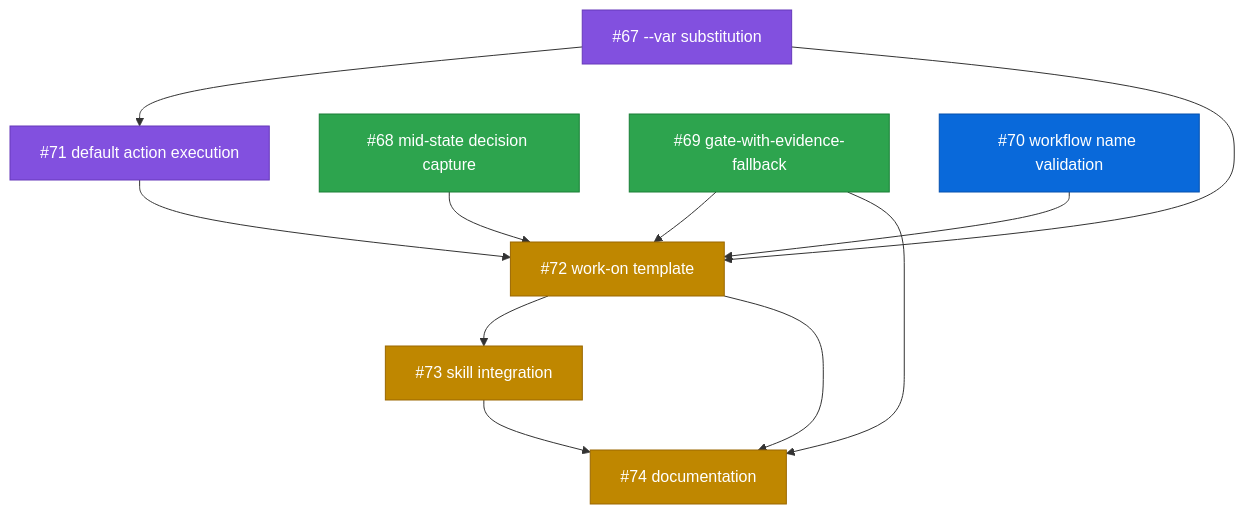
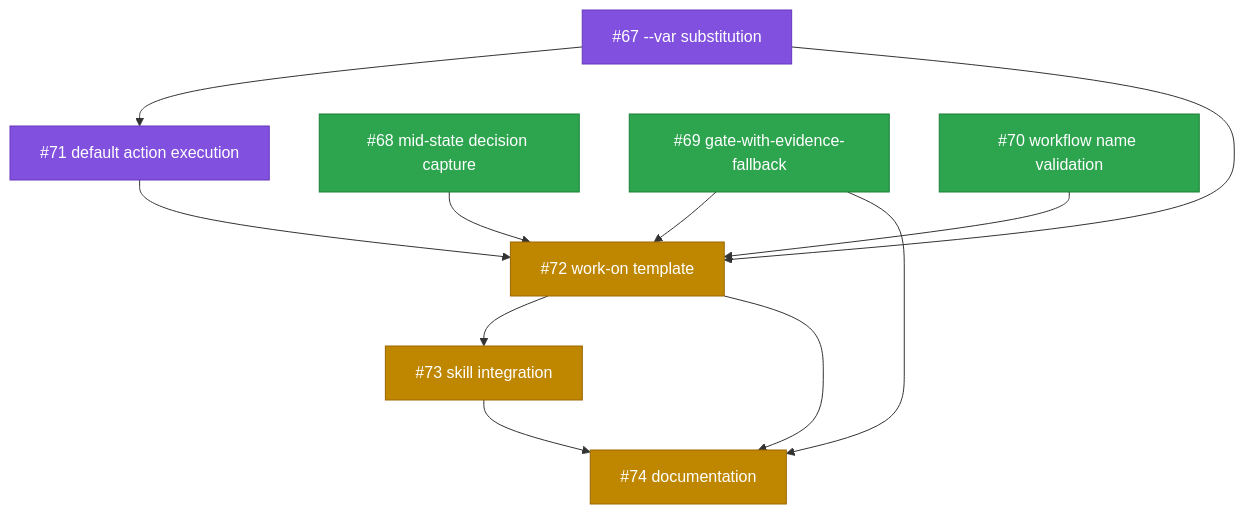
Before and after one commit to tsukumogami/koto: the diagram in docs/plans/PLAN-shirabe-work-on-template.md, drawn with Mermaid. The commit also changed other lines of this file, not shown here.

Commit message:
docs(plan): mark #70 (workflow name validation) as done

````diff
--- a/docs/plans/PLAN-shirabe-work-on-template.md
+++ b/docs/plans/PLAN-shirabe-work-on-template.md
@@ -45,38 +45,37 @@
 ```mermaid
 graph TD
     I67["#67 --var substitution"]
     I71["#71 default action execution"]
     I68["#68 mid-state decision capture"]
     I69["#69 gate-with-evidence-fallback"]
     I70["#70 workflow name validation"]
     I72["#72 work-on template"]
     I73["#73 skill integration"]
     I74["#74 documentation"]
 
     I67 --> I71
     I67 --> I72
     I71 --> I72
     I68 --> I72
     I69 --> I72
     I70 --> I72
     I69 --> I74
     I72 --> I73
     I72 --> I74
     I73 --> I74
 
     classDef done fill:#2da44e,stroke:#1a7f37,color:white
     classDef ready fill:#0969da,stroke:#0550ae,color:white
     classDef blocked fill:#bf8700,stroke:#9a6700,color:white
     classDef needsDesign fill:#8250df,stroke:#6639ba,color:white
     classDef needsPrd fill:#cf222e,stroke:#a40e26,color:white
     classDef needsSpike fill:#bf3989,stroke:#99286e,color:white
     classDef needsDecision fill:#e16f24,stroke:#b35900,color:white
     classDef tracksDesign fill:#8250df,stroke:#6639ba,color:white,stroke-dasharray: 5 5
     classDef tracksPlan fill:#0969da,stroke:#0550ae,color:white,stroke-dasharray: 5 5
 
-    class I68,I69 done
+    class I68,I69,I70 done
     class I67 needsDesign
     class I71 needsDesign
-    class I70 ready
     class I72,I73,I74 blocked
 ```
````
